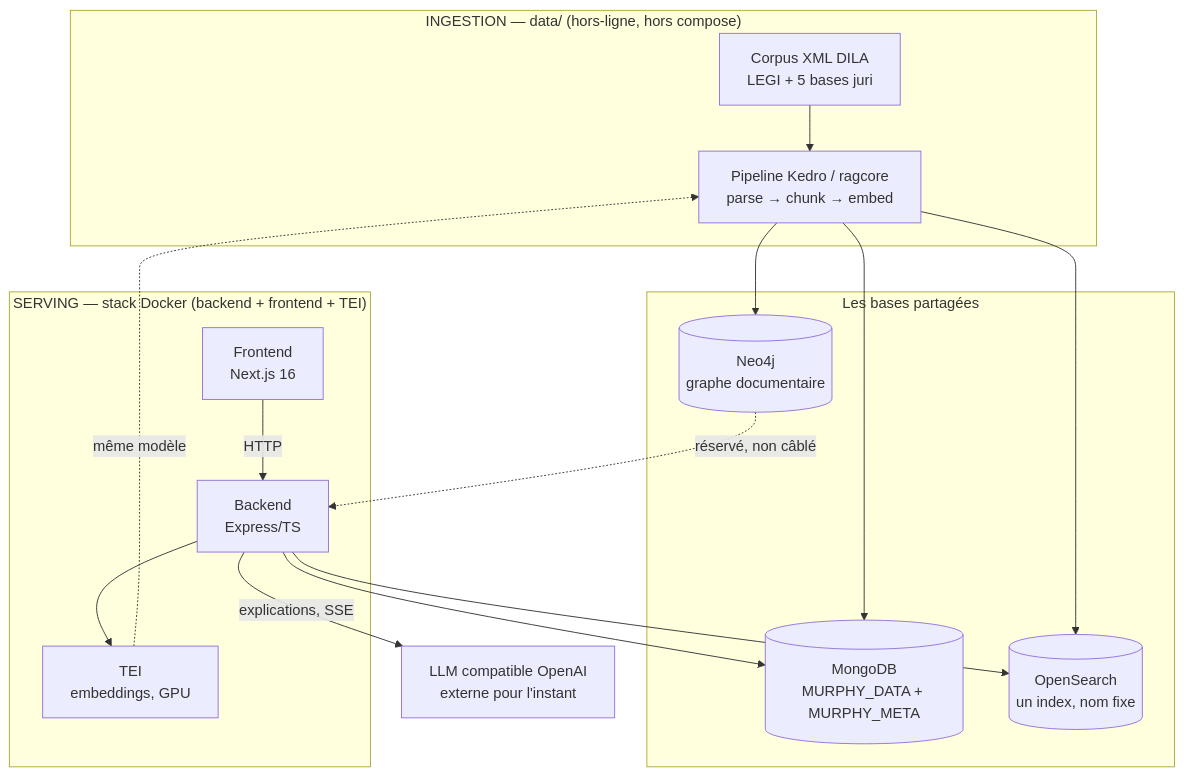
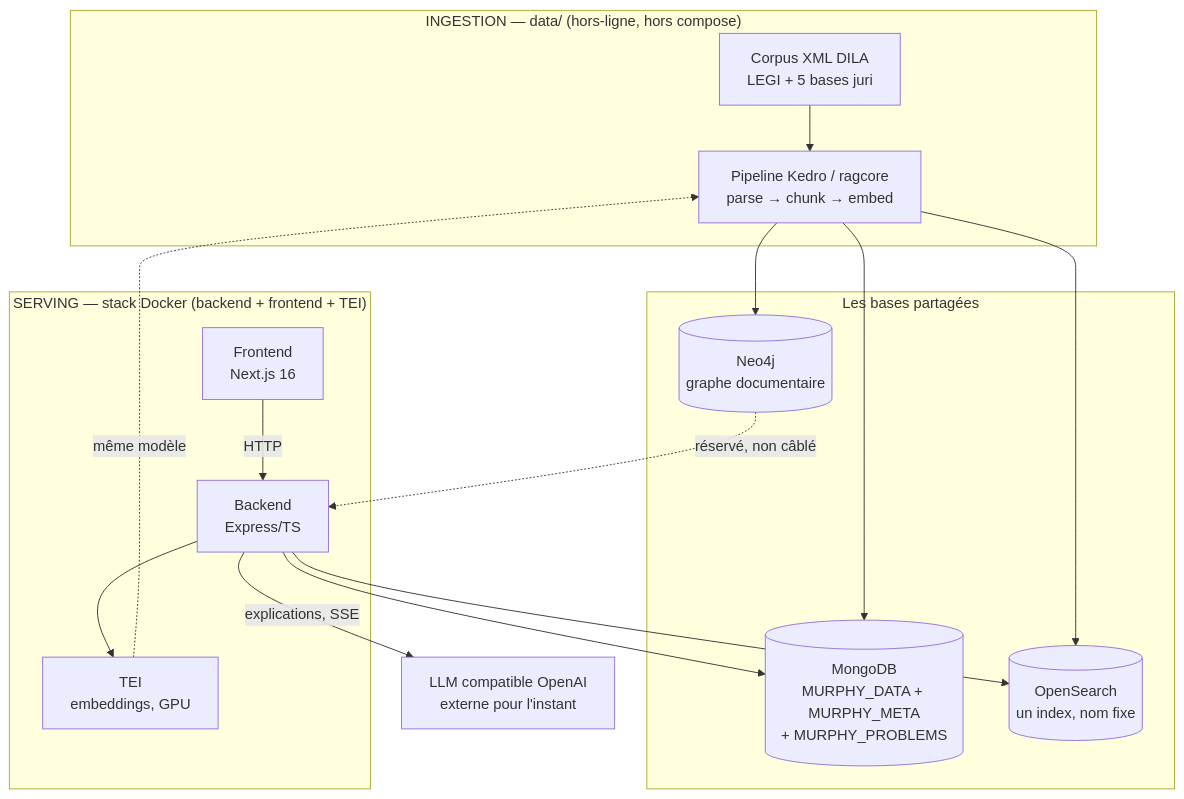
The diagram in docs/technical/ARCHITECTURE.md (nmoutou/murphy), drawn with Mermaid before and after one commit. The commit also changed 22 other files, not shown here.

First line of the commit message:
feat(data): base MURPHY_PROBLEMS, unformatted_relations y déménage

````diff
--- a/docs/technical/ARCHITECTURE.md
+++ b/docs/technical/ARCHITECTURE.md
@@ -21,25 +21,25 @@
 ```mermaid
 flowchart TB
     subgraph ingestion ["INGESTION — data/ (hors-ligne, hors compose)"]
         XML[Corpus XML DILA<br>LEGI + 5 bases juri] --> Kedro[Pipeline Kedro / ragcore<br>parse → chunk → embed]
     end
 
     subgraph stores ["Les bases partagées"]
-        Mongo[(MongoDB<br>MURPHY_DATA + MURPHY_META)]
+        Mongo[(MongoDB<br>MURPHY_DATA + MURPHY_META<br>+ MURPHY_PROBLEMS)]
         OpenSearch[(OpenSearch<br>un index, nom fixe)]
         Neo4j[(Neo4j<br>graphe documentaire)]
     end
 
     subgraph serving ["SERVING — stack Docker (backend + frontend + TEI)"]
         Front[Frontend<br>Next.js 16] -->|HTTP| Back[Backend<br>Express/TS]
         Back --> TEI[TEI<br>embeddings, GPU]
     end
 
     LLM[LLM compatible OpenAI<br>externe pour l'instant]
 
     Kedro --> Mongo & OpenSearch & Neo4j
     TEI -.->|même modèle| Kedro
     Back --> Mongo & OpenSearch
     Back -->|explications, SSE| LLM
     Neo4j -.->|réservé, non câblé| Back
 ```
````
